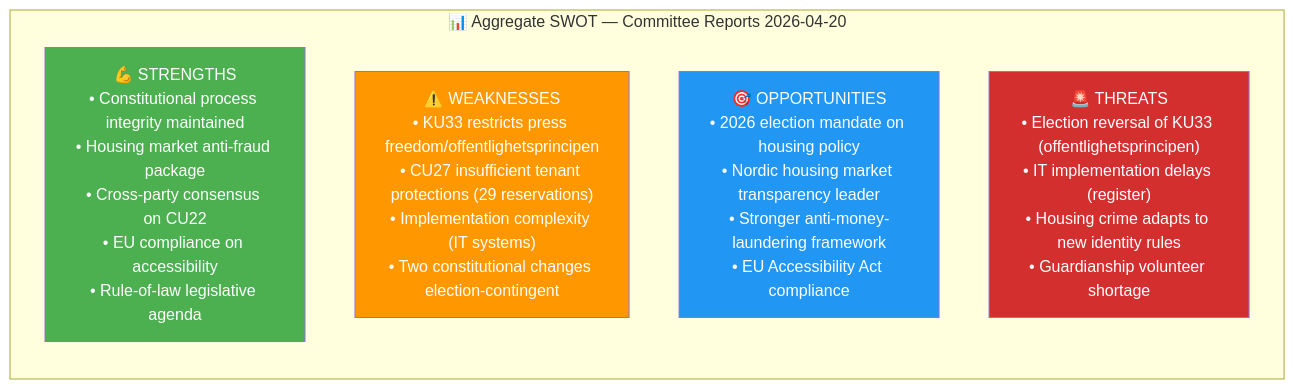
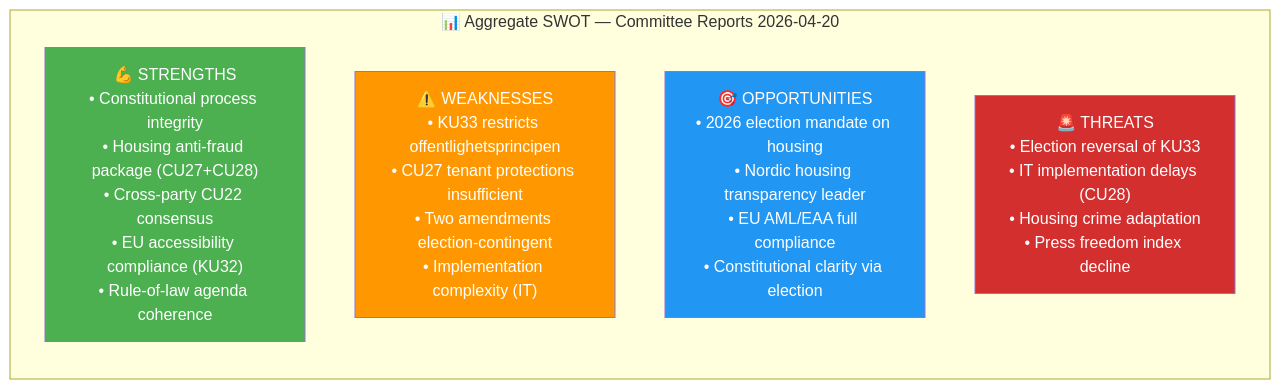
One commit to Hack23/riksdagsmonitor changed the third of 4 diagrams in analysis/daily/2026-04-20/committeeReports/synthesis-summary.md. Above: the diagram before and after it, drawn with Mermaid. The commit also changed other lines of this file and 14 other files, not shown here.

````diff
--- a/analysis/daily/2026-04-20/committeeReports/synthesis-summary.md
+++ b/analysis/daily/2026-04-20/committeeReports/synthesis-summary.md
@@ -95,13 +180,13 @@
 ```mermaid
 graph LR
     subgraph "📊 Aggregate SWOT — Committee Reports 2026-04-20"
-        S["💪 STRENGTHS<br/>• Constitutional process integrity maintained<br/>• Housing market anti-fraud package<br/>• Cross-party consensus on CU22<br/>• EU compliance on accessibility<br/>• Rule-of-law legislative agenda"]
-        W["⚠️ WEAKNESSES<br/>• KU33 restricts press freedom/offentlighetsprincipen<br/>• CU27 insufficient tenant protections (29 reservations)<br/>• Implementation complexity (IT systems)<br/>• Two constitutional changes election-contingent"]
-        O["🎯 OPPORTUNITIES<br/>• 2026 election mandate on housing policy<br/>• Nordic housing market transparency leader<br/>• Stronger anti-money-laundering framework<br/>• EU Accessibility Act compliance"]
-        T["🚨 THREATS<br/>• Election reversal of KU33 (offentlighetsprincipen)<br/>• IT implementation delays (register)<br/>• Housing crime adapts to new identity rules<br/>• Guardianship volunteer shortage"]
+        S["💪 STRENGTHS<br/>• Constitutional process integrity<br/>• Housing anti-fraud package (CU27+CU28)<br/>• Cross-party CU22 consensus<br/>• EU accessibility compliance (KU32)<br/>• Rule-of-law agenda coherence"]
+        W["⚠️ WEAKNESSES<br/>• KU33 restricts offentlighetsprincipen<br/>• CU27 tenant protections insufficient<br/>• Two amendments election-contingent<br/>• Implementation complexity (IT)"]
+        O["🎯 OPPORTUNITIES<br/>• 2026 election mandate on housing<br/>• Nordic housing transparency leader<br/>• EU AML/EAA full compliance<br/>• Constitutional clarity via election"]
+        T["🚨 THREATS<br/>• Election reversal of KU33<br/>• IT implementation delays (CU28)<br/>• Housing crime adaptation<br/>• Press freedom index decline"]
     end
     style S fill:#4CAF50,color:#fff
     style W fill:#FF9800,color:#fff
     style O fill:#2196F3,color:#fff
     style T fill:#D32F2F,color:#fff
 ```
````
